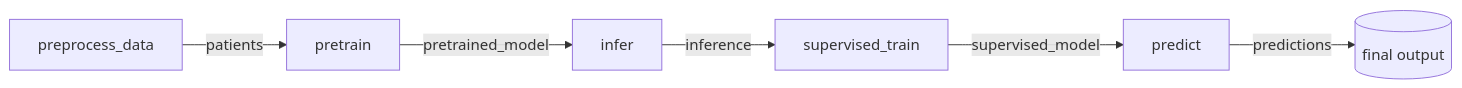
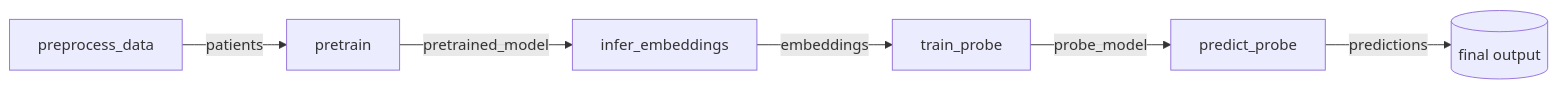
Before and after one commit to McDermottHealthAI/MEDS_algorithm_template: the second of 2 diagrams in docs/concepts.md, drawn with Mermaid. The commit also changed other lines of this file and 51 other files, not shown here.

````diff
--- a/docs/concepts.md
+++ b/docs/concepts.md
@@ -113,8 +105,8 @@
 ```mermaid
 flowchart LR
     p[preprocess_data] -->|patients| pt[pretrain]
-    pt -->|pretrained_model| i[infer]
-    i -->|inference| st[supervised_train]
-    st -->|supervised_model| pr[predict]
+    pt -->|pretrained_model| i[infer_embeddings]
+    i -->|embeddings| st[train_probe]
+    st -->|probe_model| pr[predict_probe]
     pr -->|predictions| out[(final output)]
 ```
````
